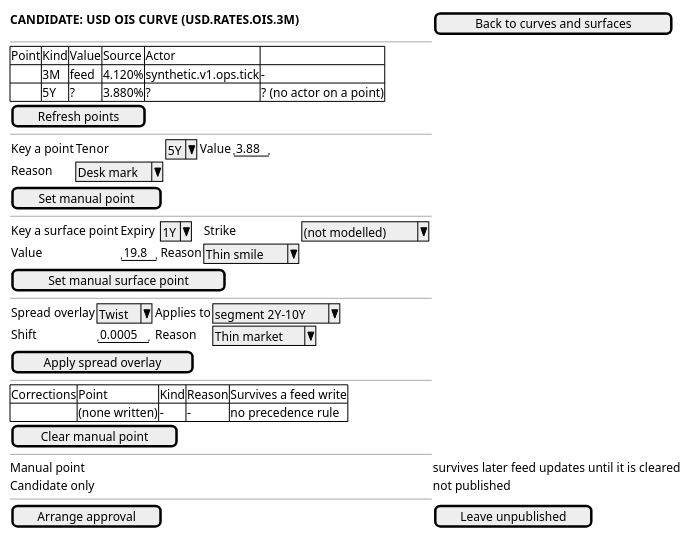
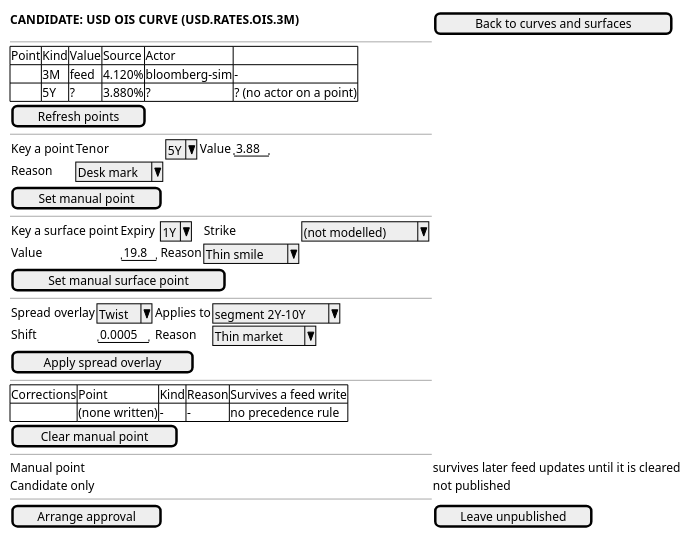
The diagram in doc/knowledge/journeys/market_data/wireframe_adjust-a-curve-or-surface-by-hand.puml (OreStudio/OreStudio), drawn with PlantUML before and after one commit. The commit also changed 132 other files, not shown here.

```diff
--- a/doc/knowledge/journeys/market_data/wireframe_adjust-a-curve-or-surface-by-hand.puml
+++ b/doc/knowledge/journeys/market_data/wireframe_adjust-a-curve-or-surface-by-hand.puml
@@ -18,44 +18,44 @@
 @startuml
 
 salt
 {
   <b>CANDIDATE: USD OIS CURVE (USD.RATES.OIS.3M)</b> | [ Back to curves and surfaces ]
   --
   {#
     Point | Kind | Value | Source | Actor
-    . | 3M | feed | 4.120% | synthetic.v1.ops.tick | -
+    . | 3M | feed | 4.120% | bloomberg-sim | -
     . | 5Y | ? | 3.880% | ? | ? (no actor on a point)
   }
   [ Refresh points ]
   --
   {
     Key a point | Tenor | ^5Y^ | Value | "3.88"
     Reason | ^Desk mark^
   }
   [ Set manual point ]
   --
   {
     Key a surface point | Expiry | ^1Y^ | Strike | ^(not modelled)^
     Value | "19.8" | Reason | ^Thin smile^
   }
   [ Set manual surface point ]
   --
   {
     Spread overlay | ^Twist^ | Applies to | ^segment 2Y-10Y^
     Shift | "0.0005" | Reason | ^Thin market^
   }
   [ Apply spread overlay ]
   --
   {#
     Corrections | Point | Kind | Reason | Survives a feed write
     . | (none written) | - | - | no precedence rule
   }
   [ Clear manual point ]
   --
   Manual point | survives later feed updates until it is cleared
   Candidate only | not published
   --
   [ Arrange approval ] | [ Leave unpublished ]
 }
 
 @enduml
```
